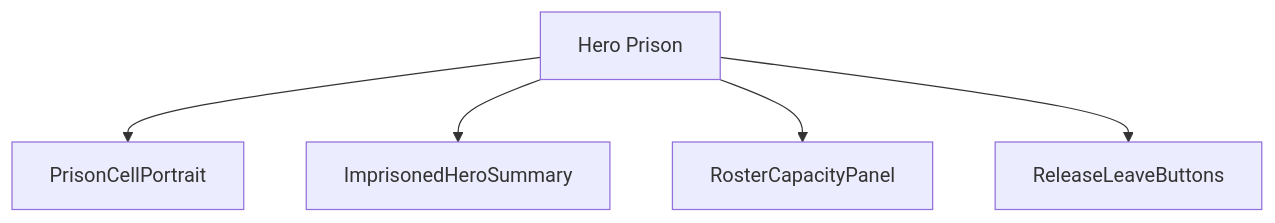
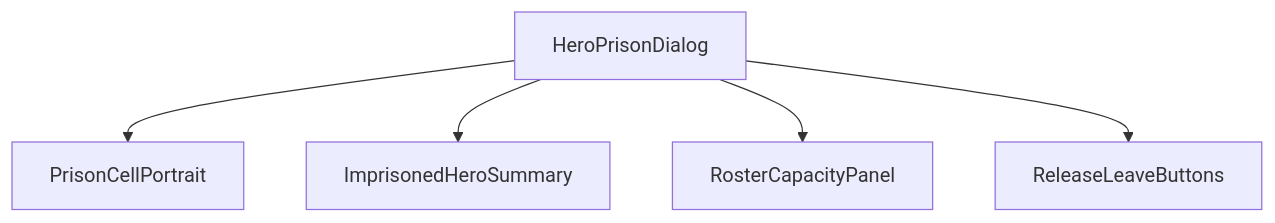
Before and after one commit to SunaNoOshiro/Heroes_Reforged_AI_Realms: the first of 5 diagrams in docs/architecture/wiki/screens/23-hero-prison/architecture.md, drawn with Mermaid. The commit also changed other lines of this file and 518 other files, not shown here.

First line of the commit message:
Add doc-audit skill and sweep architecture/screen docs

````diff
--- a/docs/architecture/wiki/screens/23-hero-prison/architecture.md
+++ b/docs/architecture/wiki/screens/23-hero-prison/architecture.md
@@ -16,12 +26,8 @@
 ```mermaid
 flowchart TD
-  Root["Hero Prison"]
-  C0["PrisonCellPortrait"]
-  Root --> C0
-  C1["ImprisonedHeroSummary"]
-  Root --> C1
-  C2["RosterCapacityPanel"]
-  Root --> C2
-  C3["ReleaseLeaveButtons"]
-  Root --> C3
+  Root["HeroPrisonDialog"]
+  Root --> C0["PrisonCellPortrait"]
+  Root --> C1["ImprisonedHeroSummary"]
+  Root --> C2["RosterCapacityPanel"]
+  Root --> C3["ReleaseLeaveButtons"]
 ```
````
